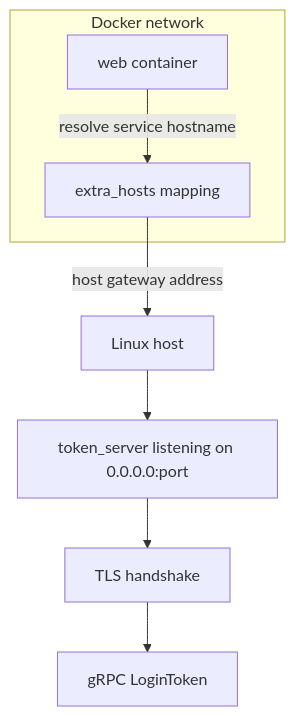
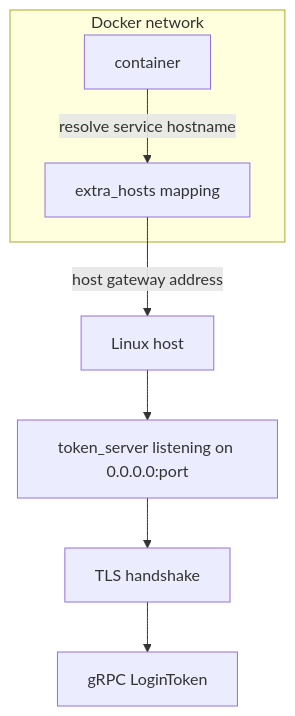
One commit to adelbordbari/adelbordbari.github.io changed the third of 8 diagrams in _code/2026-06-27-grpc.md. Above: the diagram before and after it, drawn with Mermaid. The commit also changed other lines of this file, not shown here.

````diff
--- a/_code/2026-06-27-grpc.md
+++ b/_code/2026-06-27-grpc.md
@@ -174,13 +174,13 @@
 ```mermaid
 flowchart TB
     subgraph Docker network
-        WEB[web container]
+        WEB[container]
         HOSTS[extra_hosts mapping]
         WEB -->|resolve service hostname| HOSTS
     end
 
     HOSTS -->|host gateway address| HOST[Linux host]
     HOST --> PORT[token_server listening on 0.0.0.0:port]
     PORT --> TLS[TLS handshake]
     TLS --> RPC[gRPC LoginToken]
 ```
````
